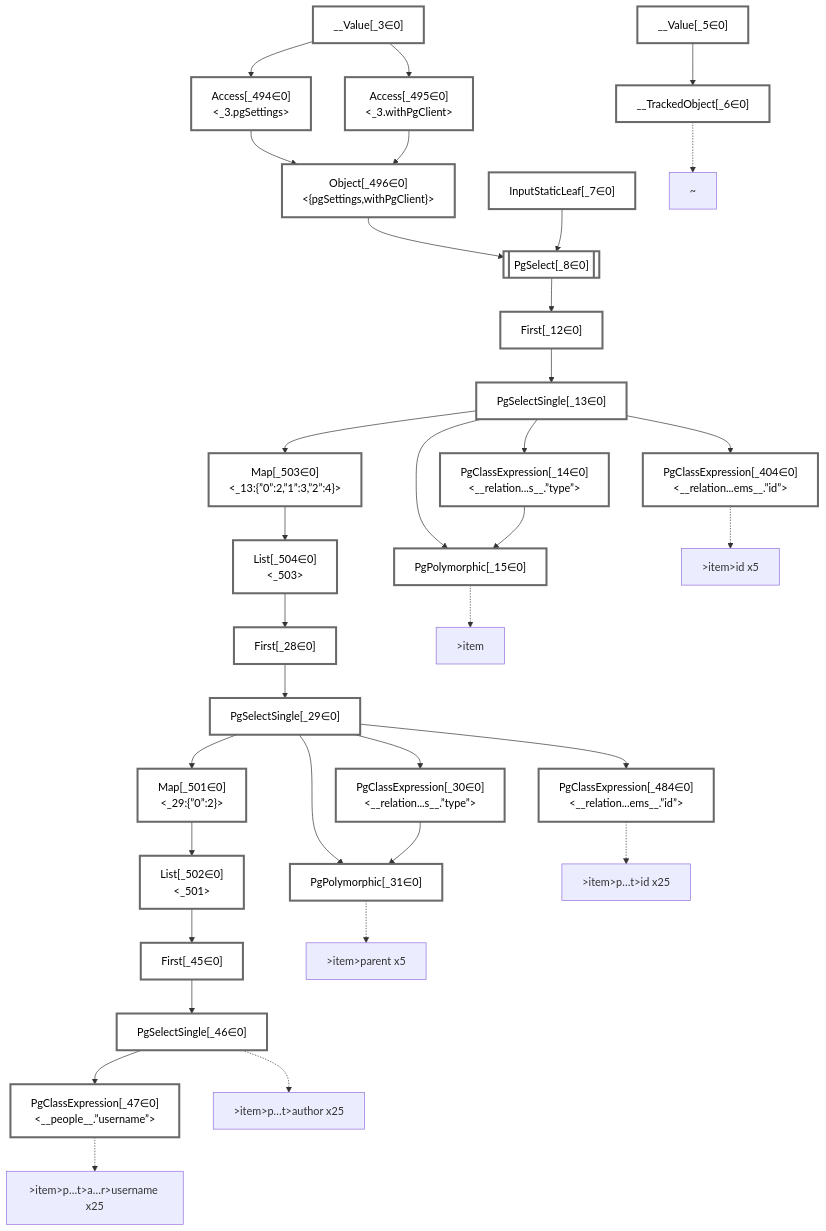
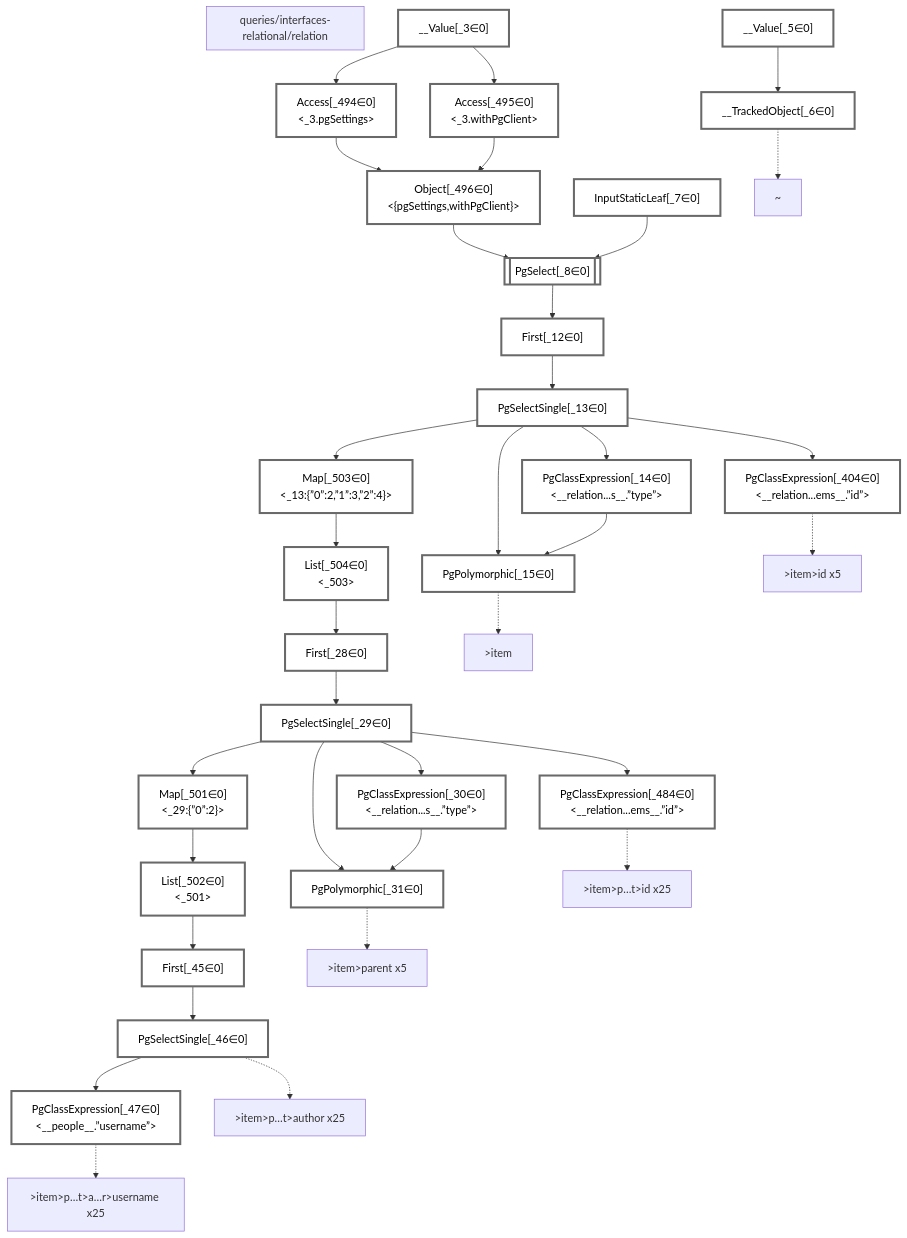
Before and after one commit to graphile/crystal: the diagram in packages/dataplan-pg/__tests__/queries/interfaces-relational/relation.mermaid.md, drawn with Mermaid. The commit also changed 195 other files, not shown here.

````diff
--- a/packages/dataplan-pg/__tests__/queries/interfaces-relational/relation.mermaid.md
+++ b/packages/dataplan-pg/__tests__/queries/interfaces-relational/relation.mermaid.md
@@ -1,5 +1,7 @@
 ```mermaid
 graph TD
+    subgraph "queries/interfaces-relational/relation"
+    end
     classDef path fill:#eee,stroke:#000,color:#000
     classDef plan fill:#fff,stroke-width:3px,color:#000
     classDef itemplan fill:#fff,stroke-width:6px,color:#000
````
